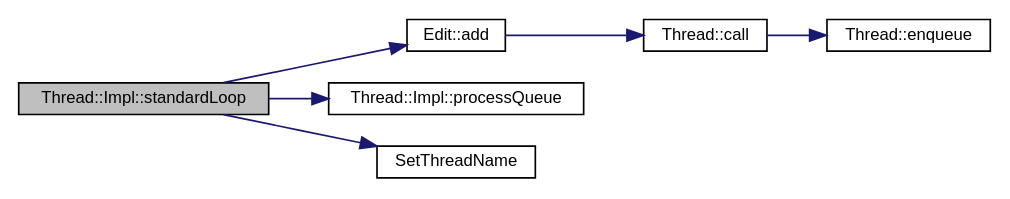
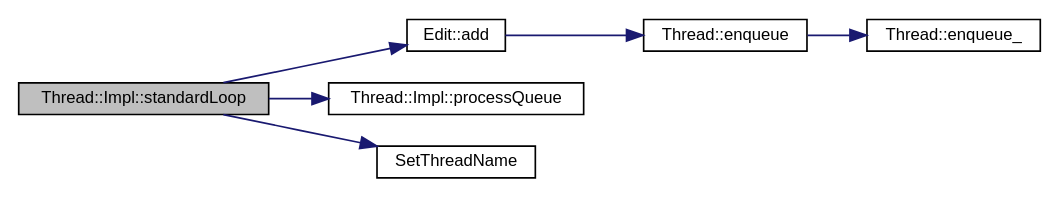
The diagram in docs/struct_thread_1_1_impl_a0164f5b95922ac969d1d81914e5d5eb9_cgraph.dot (kokolorix/TheSimplestCPP), drawn with Graphviz before and after one commit. The commit also changed 289 other files, not shown here.

```diff
--- a/docs/struct_thread_1_1_impl_a0164f5b95922ac969d1d81914e5d5eb9_cgraph.dot
+++ b/docs/struct_thread_1_1_impl_a0164f5b95922ac969d1d81914e5d5eb9_cgraph.dot
@@ -1,19 +1,19 @@
 digraph "Thread::Impl::standardLoop"
 {
  // INTERACTIVE_SVG=YES
  // LATEX_PDF_SIZE
   edge [fontname="Helvetica",fontsize="10",labelfontname="Helvetica",labelfontsize="10"];
   node [fontname="Helvetica",fontsize="10",shape=record];
   rankdir="LR";
   Node1 [label="Thread::Impl::standardLoop",height=0.2,width=0.4,color="black", fillcolor="grey75", style="filled", fontcolor="black",tooltip="The normally used processing loop of a background thread."];
   Node1 -> Node2 [color="midnightblue",fontsize="10",style="solid",fontname="Helvetica"];
   Node2 [label="Edit::add",height=0.2,width=0.4,color="black", fillcolor="white", style="filled",URL="$class_edit.html#a3ced1bcf14de542e25d512991bcfed2f",tooltip=" "];
   Node2 -> Node3 [color="midnightblue",fontsize="10",style="solid",fontname="Helvetica"];
-  Node3 [label="Thread::call",height=0.2,width=0.4,color="black", fillcolor="white", style="filled",URL="$class_thread.html#adb11ad65376e640d84d47f0394f94f10",tooltip="The code that will be enqued in the threads task queue."];
+  Node3 [label="Thread::enqueue",height=0.2,width=0.4,color="black", fillcolor="white", style="filled",URL="$class_thread.html#abf7db5b09bd25b345e80577f71321ee9",tooltip="The code that will be enqued in the threads task queue."];
   Node3 -> Node4 [color="midnightblue",fontsize="10",style="solid",fontname="Helvetica"];
-  Node4 [label="Thread::enqueue",height=0.2,width=0.4,color="black", fillcolor="white", style="filled",URL="$class_thread.html#a1333a7179253857c1431b82e162272fd",tooltip=" "];
+  Node4 [label="Thread::enqueue_",height=0.2,width=0.4,color="black", fillcolor="white", style="filled",URL="$class_thread.html#a3ee4bd6db78554c9ea75cf242b8ae273",tooltip="push the functor in the queue"];
   Node1 -> Node5 [color="midnightblue",fontsize="10",style="solid",fontname="Helvetica"];
   Node5 [label="Thread::Impl::processQueue",height=0.2,width=0.4,color="black", fillcolor="white", style="filled",URL="$struct_thread_1_1_impl.html#ae467f41841d4236274bf360f470ec775",tooltip="process the queue of functors, usually called form notify-functor"];
   Node1 -> Node6 [color="midnightblue",fontsize="10",style="solid",fontname="Helvetica"];
   Node6 [label="SetThreadName",height=0.2,width=0.4,color="black", fillcolor="white", style="filled",URL="$_thread_8cpp.html#a1b6cdfcdd75b61856b37cf13deae9334",tooltip=" "];
 }
```
